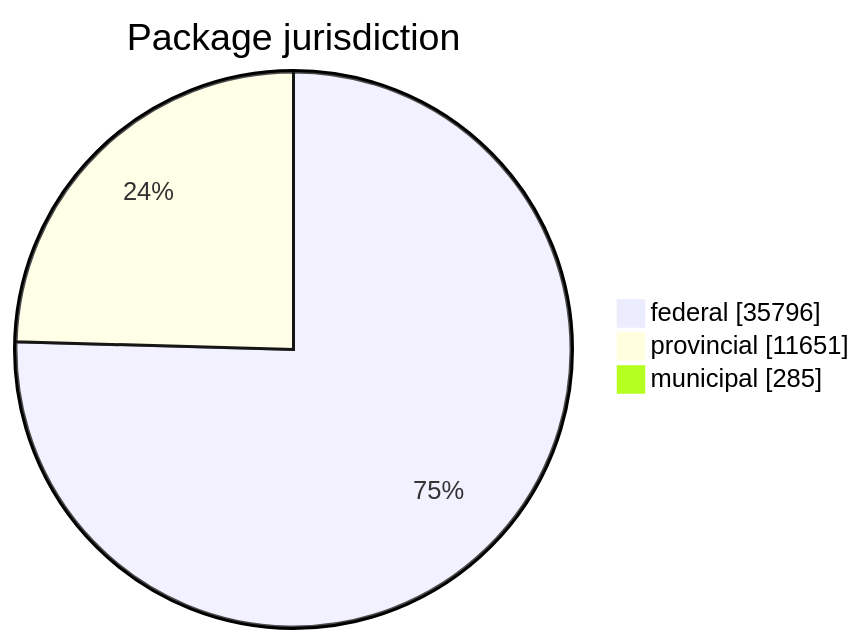
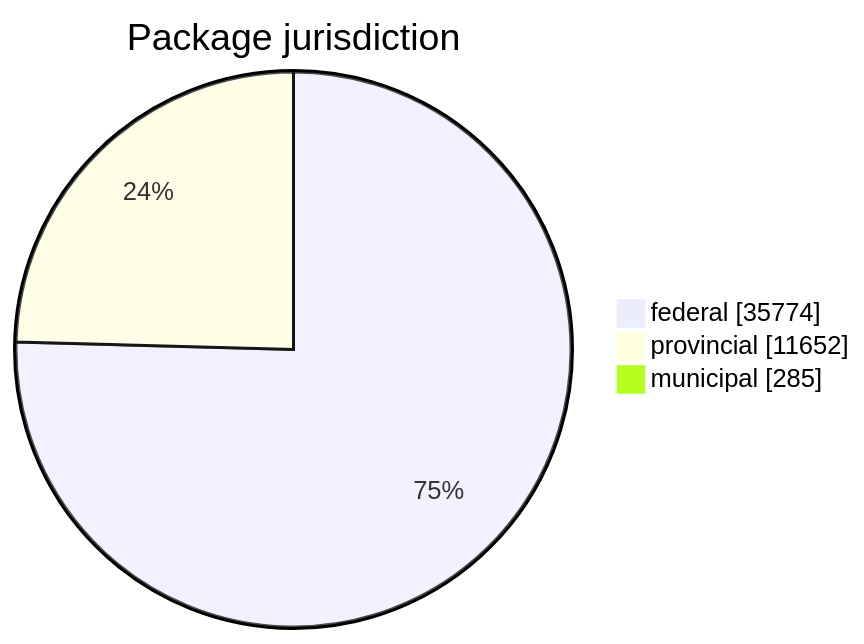
Before and after one commit to open-data/analytics-corporate-reporting: the first of 5 diagrams in FreshCheck/README.md, drawn with Mermaid. The commit also changed other lines of this file and 3 other files, not shown here.

````diff
--- a/FreshCheck/README.md
+++ b/FreshCheck/README.md
@@ -60,6 +60,6 @@
 ```mermaid
 pie showData title Package jurisdiction
-    "federal": 35796
-    "provincial": 11651
+    "federal": 35774
+    "provincial": 11652
     "municipal": 285
 ```
````
